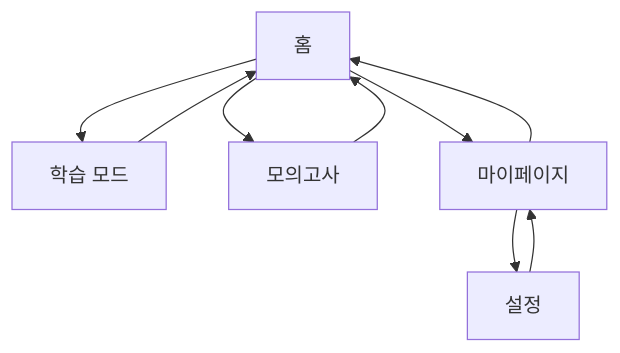
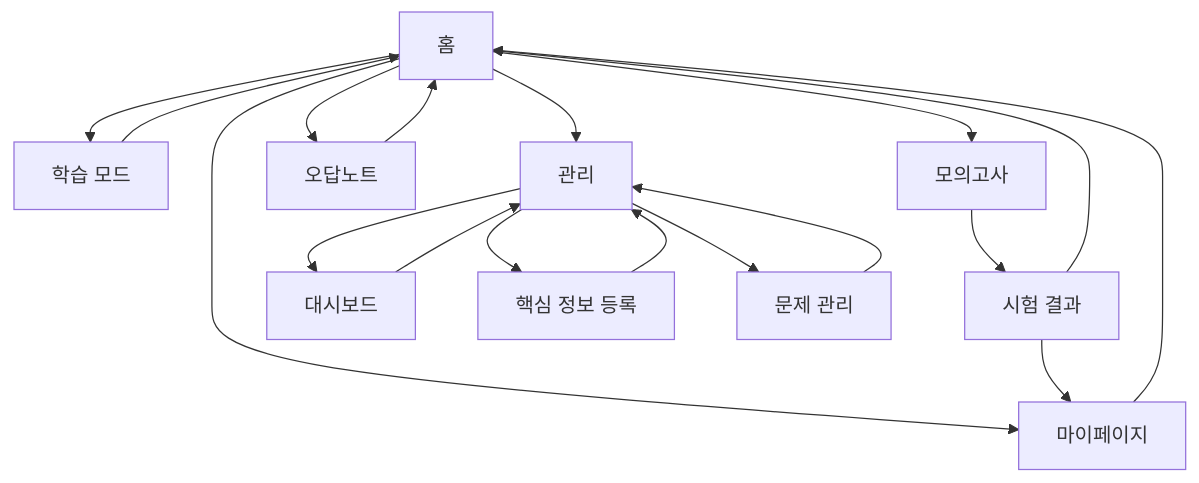
Before and after one commit to EHWIYA/adsp-quiz-front: the fourth of 4 diagrams in docs-site/docs/ui-ux/flows/user-flows.md, drawn with Mermaid. The commit also changed other lines of this file and 40 other files, not shown here.

````diff
--- a/docs-site/docs/ui-ux/flows/user-flows.md
+++ b/docs-site/docs/ui-ux/flows/user-flows.md
@@ -35,11 +57,20 @@
 ```mermaid
 flowchart TD
     A[홈] --> B[학습 모드]
     A --> C[모의고사]
     A --> D[마이페이지]
+    A --> E[오답노트]
+    A --> F[관리]
     B --> A
-    C --> A
+    C --> G[시험 결과]
+    G --> A
+    G --> D
     D --> A
-    D --> E[설정]
-    E --> D
+    E --> A
+    F --> H[대시보드]
+    F --> I[핵심 정보 등록]
+    F --> J[문제 관리]
+    H --> F
+    I --> F
+    J --> F
 ```
````
